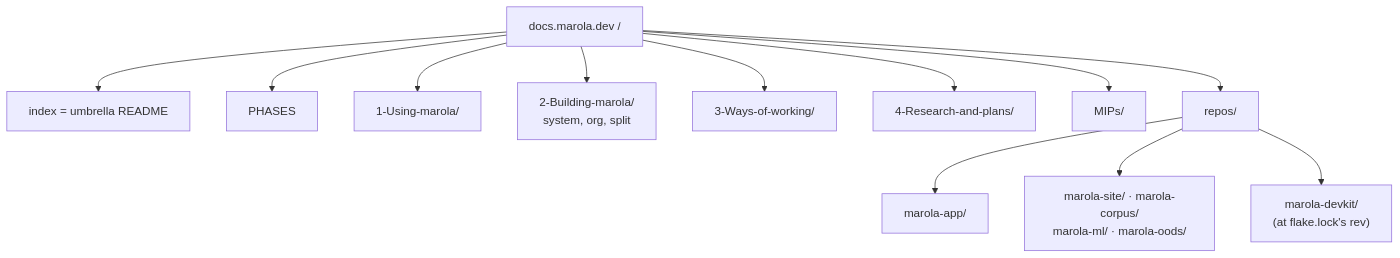
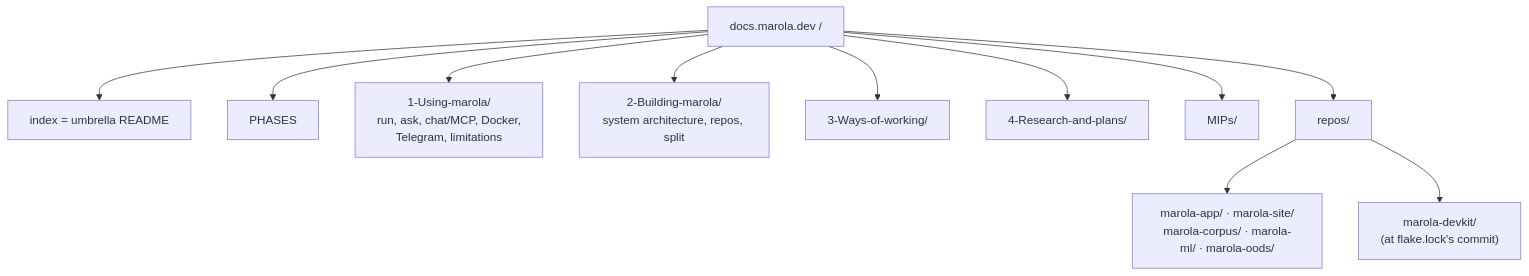
The diagram in docs/MIPs/MIP-0074-docs-umbrella-landing-and-repo-docs.md (marola-dev/marola), drawn with Mermaid before and after one commit. The commit also changed other lines of this file and 1 other file, not shown here.

````diff
--- a/docs/MIPs/MIP-0074-docs-umbrella-landing-and-repo-docs.md
+++ b/docs/MIPs/MIP-0074-docs-umbrella-landing-and-repo-docs.md
@@ -106,14 +44,13 @@
 ```mermaid
 flowchart TD
   root["docs.marola.dev /"] --> idx["index = umbrella README"]
   root --> ph["PHASES"]
-  root --> u1["1-Using-marola/"]
-  root --> u2["2-Building-marola/<br/>system, org, split"]
+  root --> u1["1-Using-marola/<br/>run, ask, chat/MCP, Docker,<br/>Telegram, limitations"]
+  root --> u2["2-Building-marola/<br/>system architecture, repos, split"]
   root --> u3["3-Ways-of-working/"]
   root --> u4["4-Research-and-plans/"]
   root --> mips["MIPs/"]
   root --> repos["repos/"]
-  repos --> r1["marola-app/"]
-  repos --> r2["marola-site/ · marola-corpus/<br/>marola-ml/ · marola-oods/"]
-  repos --> r3["marola-devkit/<br/>(at flake.lock's rev)"]
+  repos --> r1["marola-app/ · marola-site/<br/>marola-corpus/ · marola-ml/ · marola-oods/"]
+  repos --> r2["marola-devkit/<br/>(at flake.lock's commit)"]
 ```
````
